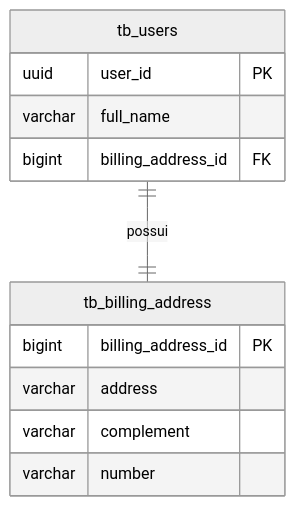
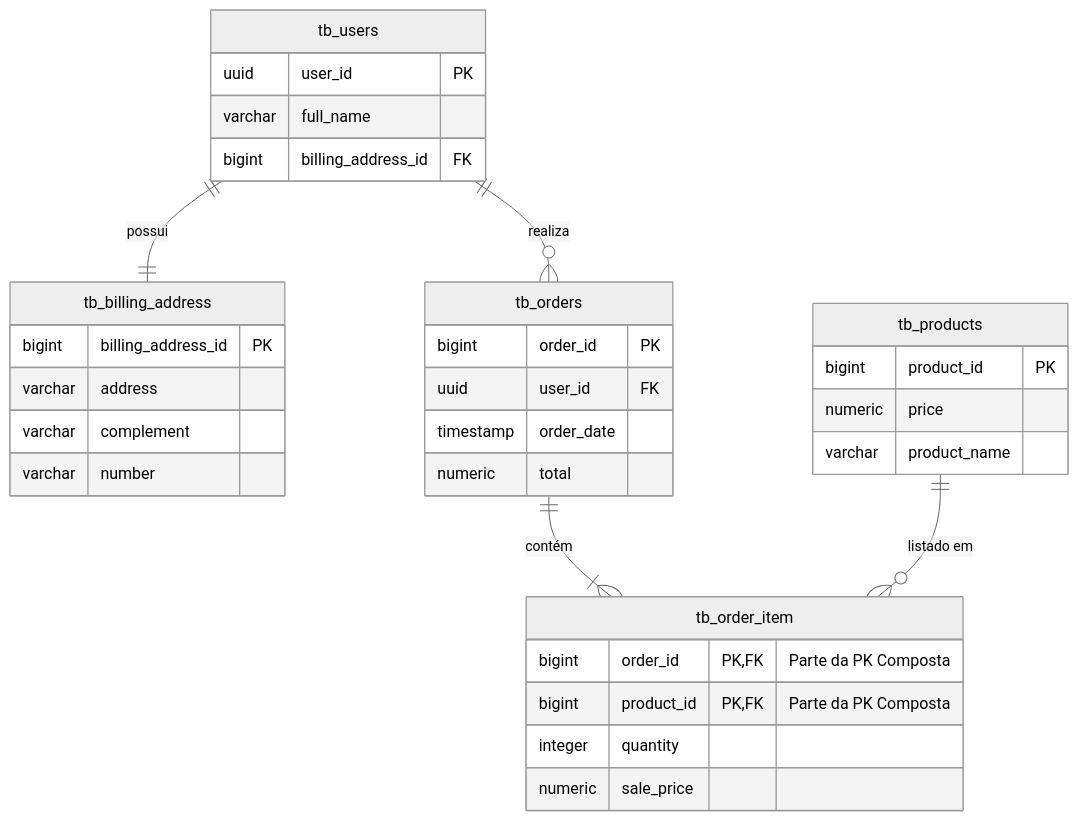
The diagram in docs/DER.MD (matheusdcunha/ecommerce), drawn with Mermaid (neutral theme) before and after one commit. The commit also changed 6 other files, not shown here.

````diff
--- a/docs/DER.MD
+++ b/docs/DER.MD
@@ -3,18 +3,43 @@
 ```mermaid
 erDiagram
     tb_users {
         uuid user_id PK
         varchar full_name
         bigint billing_address_id FK
     }
 
     tb_billing_address {
         bigint billing_address_id PK
         varchar address
         varchar complement
         varchar number
     }
 
+    tb_orders {
+        bigint order_id PK
+        uuid user_id FK
+        timestamp order_date
+        numeric total
+    }
 
-    tb_users ||--|| tb_billing_address : possui
+    tb_products {
+        bigint product_id PK
+        numeric price
+        varchar product_name
+    }
+
+    tb_order_item {
+        bigint order_id PK,FK "Parte da PK Composta"
+        bigint product_id PK,FK "Parte da PK Composta"
+        integer quantity
+        numeric sale_price
+    }
+
+    tb_users ||--|| tb_billing_address : "possui"
+
+    tb_users ||--o{ tb_orders : "realiza"
+
+    tb_orders ||--|{ tb_order_item : "contém"
+
+    tb_products ||--o{ tb_order_item : "listado em"
 ```
````
